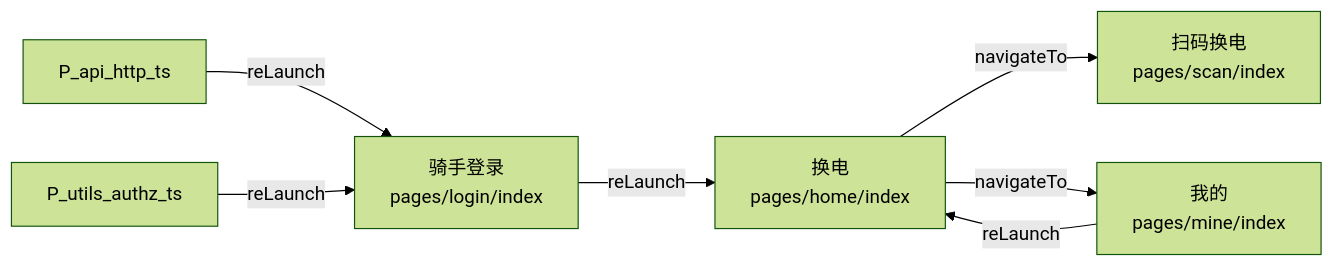
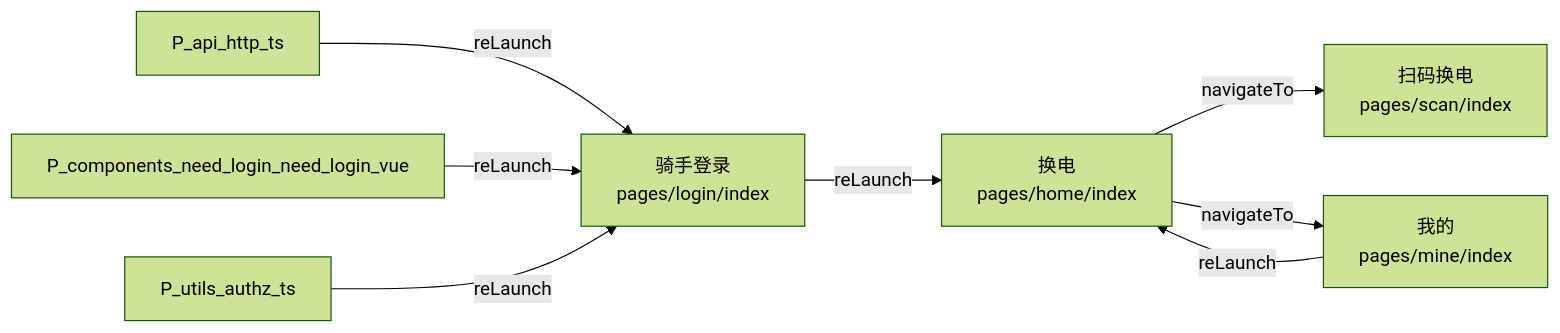
One commit to WhereLee/Cjagent changed the diagram in docs/页面流转.md. Above: the diagram before and after it, drawn with Mermaid (forest theme). The commit also changed other lines of this file and 11 other files, not shown here.

````diff
--- a/docs/页面流转.md
+++ b/docs/页面流转.md
@@ -8,13 +8,14 @@
 ```mermaid
 graph LR
     P_pages_login_index["骑手登录<br/>pages/login/index"]
     P_pages_home_index["换电<br/>pages/home/index"]
     P_pages_scan_index["扫码换电<br/>pages/scan/index"]
     P_pages_mine_index["我的<br/>pages/mine/index"]
     P_api_http_ts -->|reLaunch| P_pages_login_index
+    P_components_need_login_need_login_vue -->|reLaunch| P_pages_login_index
     P_pages_home_index -->|navigateTo| P_pages_scan_index
     P_pages_home_index -->|navigateTo| P_pages_mine_index
     P_pages_login_index -->|reLaunch| P_pages_home_index
     P_pages_mine_index -->|reLaunch| P_pages_home_index
     P_utils_authz_ts -->|reLaunch| P_pages_login_index
 ```
````
